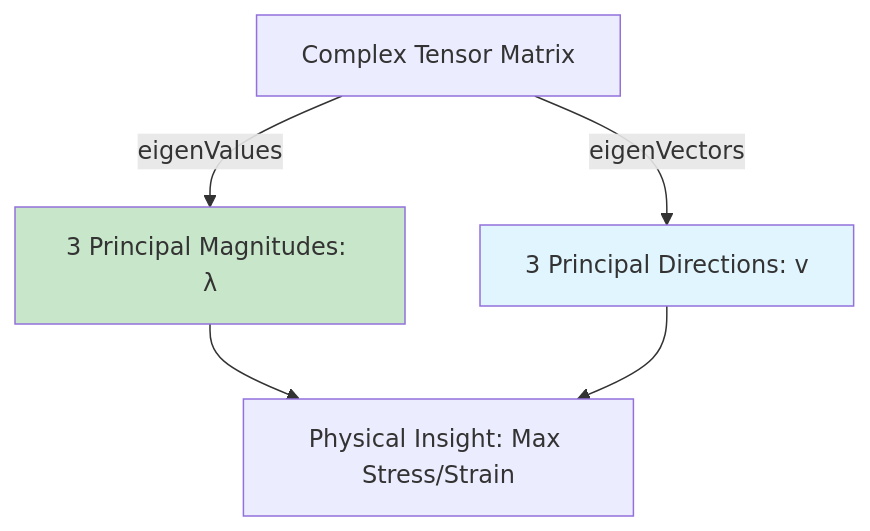
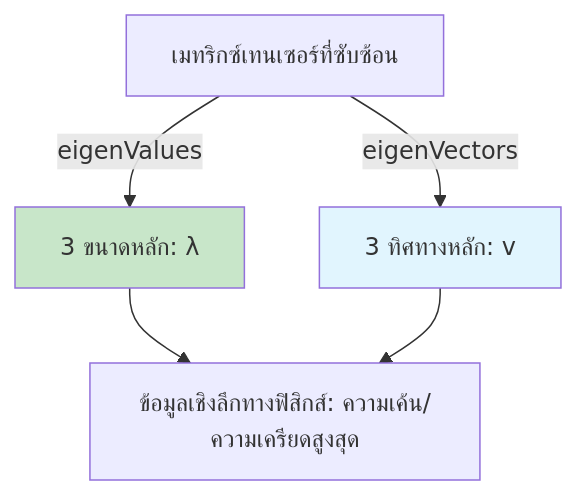
Before and after one commit to wramet/build-my-cfd: the diagram in MODULE_05_OPENFOAM_PROGRAMMING/CONTENT/11_TENSOR_ALGEBRA/05_Eigen_Decomposition.md, drawn with Mermaid. The commit also changed other lines of this file and 104 other files, not shown here.

````diff
--- a/MODULE_05_OPENFOAM_PROGRAMMING/CONTENT/11_TENSOR_ALGEBRA/05_Eigen_Decomposition.md
+++ b/MODULE_05_OPENFOAM_PROGRAMMING/CONTENT/11_TENSOR_ALGEBRA/05_Eigen_Decomposition.md
@@ -18,11 +18,11 @@
 ```mermaid
 flowchart TD
-    T[Complex Tensor Matrix] -->|eigenValues| V[3 Principal Magnitudes: λ]
-    T -->|eigenVectors| D[3 Principal Directions: v]
+    T[เมทริกซ์เทนเซอร์ที่ซับซ้อน] -->|eigenValues| V[3 ขนาดหลัก: λ]
+    T -->|eigenVectors| D[3 ทิศทางหลัก: v]
 
-    V --> P[Physical Insight: Max Stress/Strain]
+    V --> P[ข้อมูลเชิงลึกทางฟิสิกส์: ความเค้น/ความเครียดสูงสุด]
     D --> P
 
     style V fill:#c8e6c9
     style D fill:#e1f5fe
 ```
````
